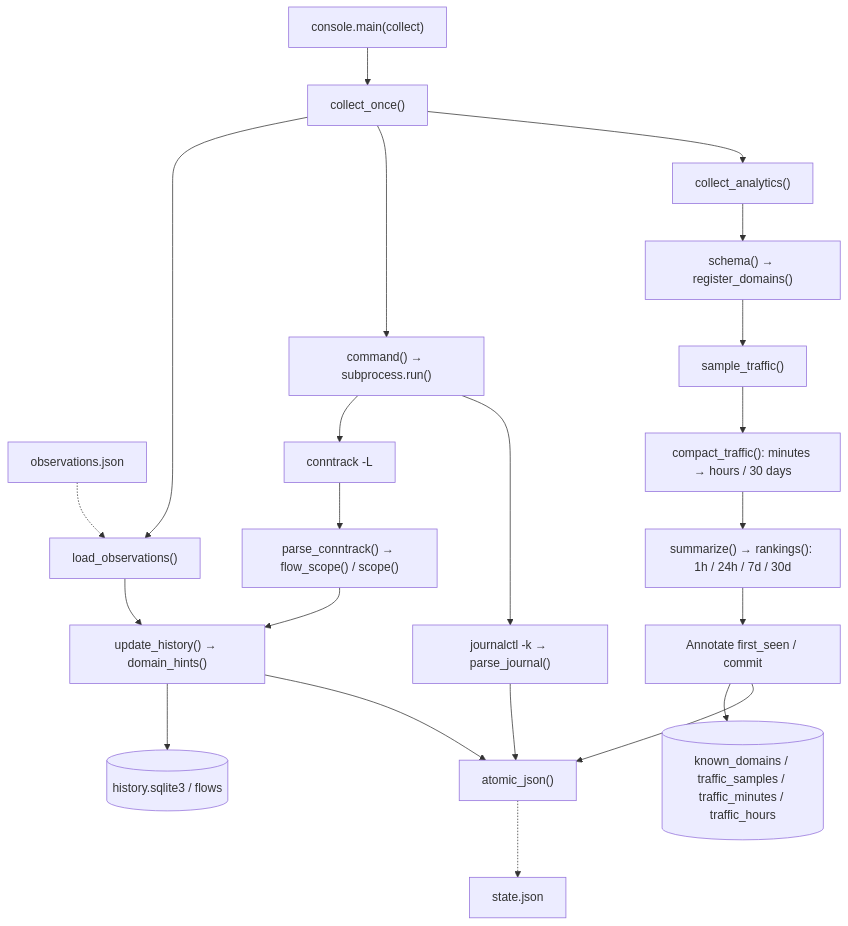
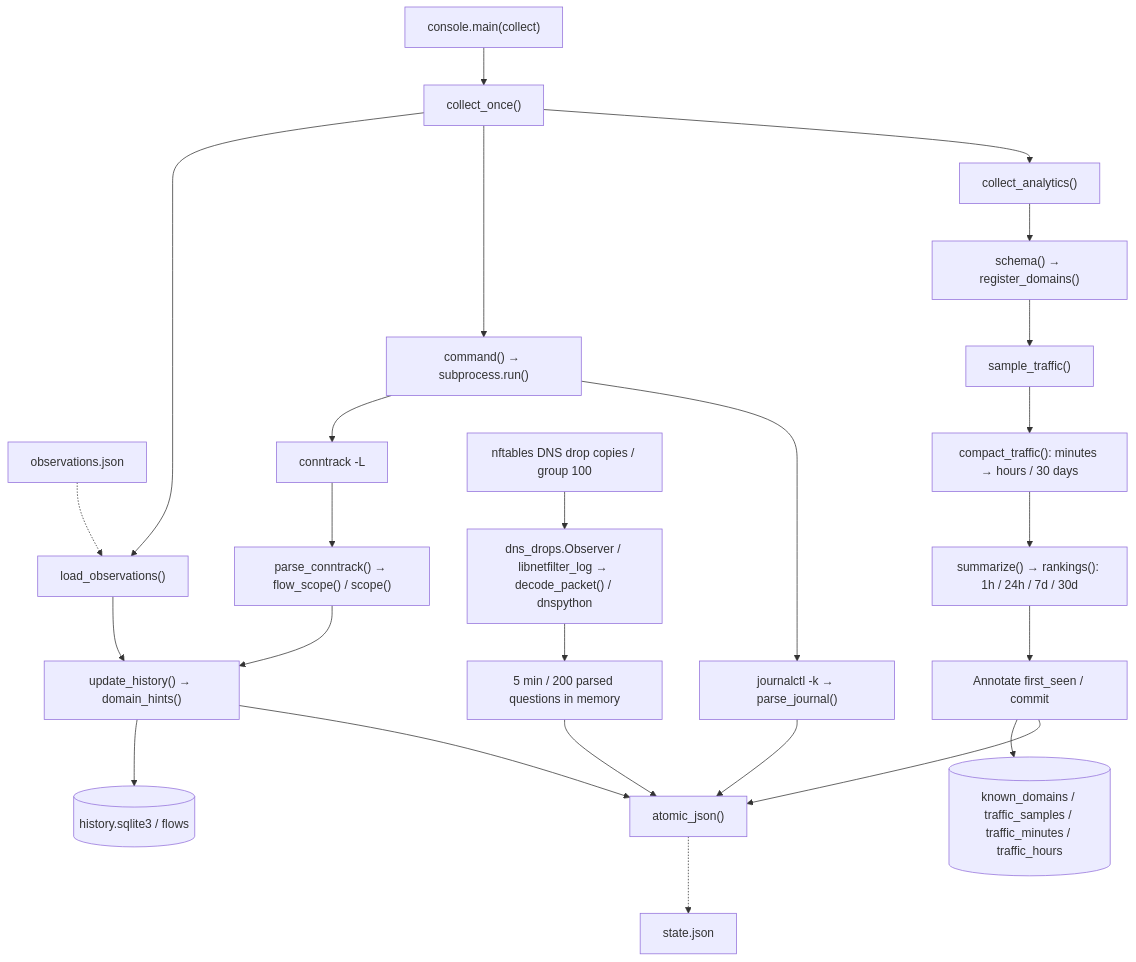
Before and after one commit to ysuito/RabbitWall: the third of 7 diagrams in docs/PROGRAM_FLOW.ja.md, drawn with Mermaid. The commit also changed other lines of this file and 19 other files, not shown here.

Commit message:
Show dropped UDP DNS questions using bounded NFLOG observation

````diff
--- a/docs/PROGRAM_FLOW.ja.md
+++ b/docs/PROGRAM_FLOW.ja.md
@@ -68,24 +68,27 @@
 ```mermaid
 flowchart TB
     Main["console.main(collect)"] --> Collect["collect_once()"]
     Collect --> Observe["load_observations()"]
     Obs["observations.json"] -.-> Observe
     Collect --> Cmd["command() → subprocess.run()"]
     Cmd --> Conn["conntrack -L"]
     Conn --> Parse["parse_conntrack() → flow_scope() / scope()"]
     Observe --> Hist["update_history() → domain_hints()"]
     Parse --> Hist
     Hist --> DB[("history.sqlite3 / flows")]
     Collect --> Analytics["collect_analytics()"]
     Analytics --> Schema["schema() → register_domains()"]
     Schema --> Sample["sample_traffic()"]
     Sample --> Compact["compact_traffic(): minutes → hours / 30 days"]
     Compact --> Summary["summarize() → rankings(): 1h / 24h / 7d / 30d"]
     Summary --> Commit["Annotate first_seen / commit"]
     Commit --> DB2[("known_domains / traffic_samples / traffic_minutes / traffic_hours")]
     Cmd --> Journal["journalctl -k → parse_journal()"]
     Hist --> State["atomic_json()"]
     Commit --> State
     Journal --> State
+    NFLOG["nftables DNS drop copies / group 100"] --> DropDNS["dns_drops.Observer / libnetfilter_log → decode_packet() / dnspython"]
+    DropDNS --> Ring["5 min / 200 parsed questions in memory"]
+    Ring --> State
     State -.-> JSON["state.json"]
 ```
````
